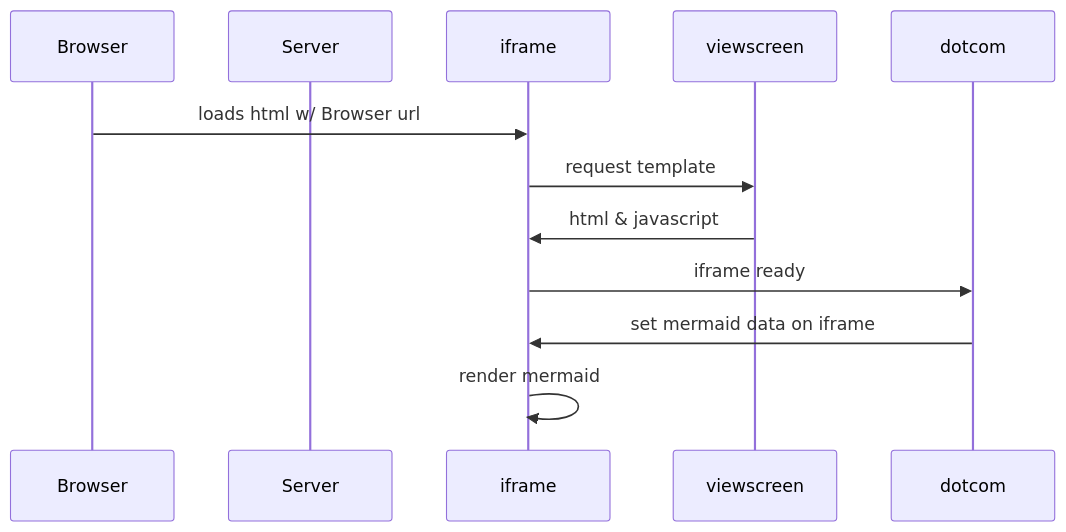
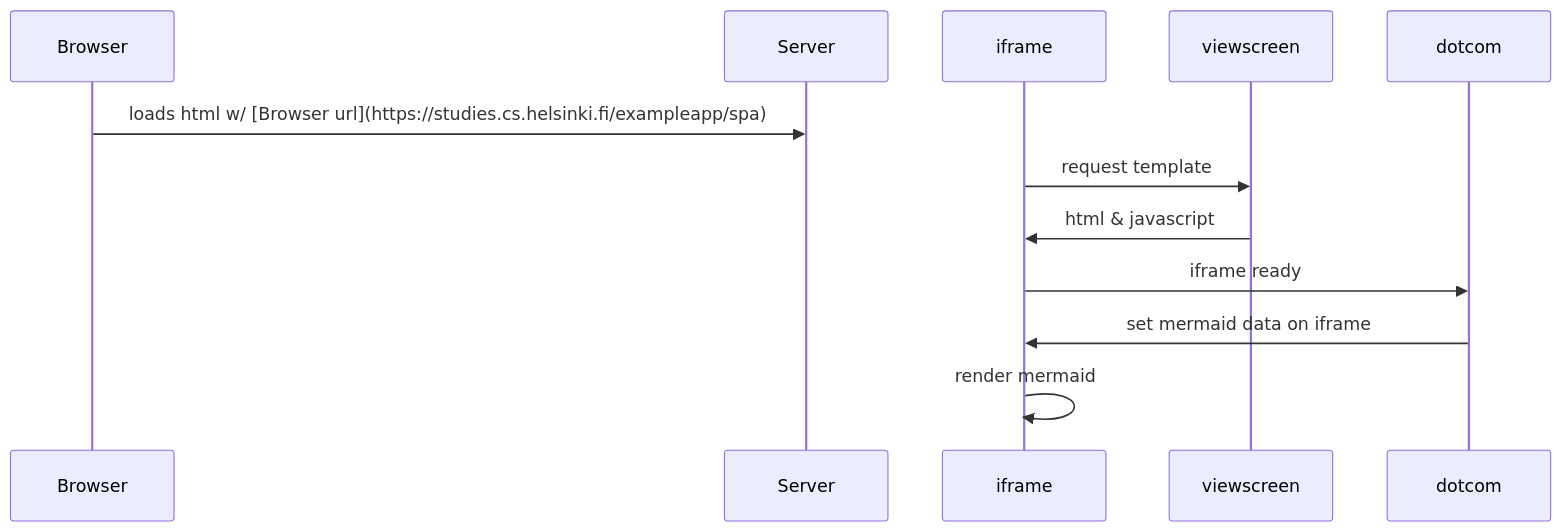
One commit to JhonTheRipper89/SequenceDiagram changed the diagram in README.md. Above: the diagram before and after it, drawn with Mermaid.

````diff
--- a/README.md
+++ b/README.md
@@ -2,11 +2,11 @@
 ```mermaid
 sequenceDiagram
     participant Browser
     participant Server
-    Browser->>iframe: loads html w/ Browser url
+    Browser->>Server: loads html w/ [Browser url](https://studies.cs.helsinki.fi/exampleapp/spa)
     iframe->>viewscreen: request template
     viewscreen->>iframe: html & javascript
     iframe->>dotcom: iframe ready
     dotcom->>iframe: set mermaid data on iframe
     iframe->>iframe: render mermaid
 ```
````
